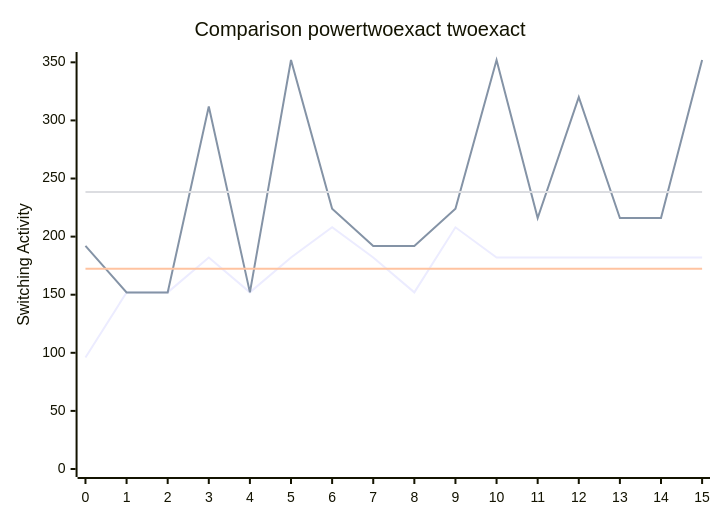
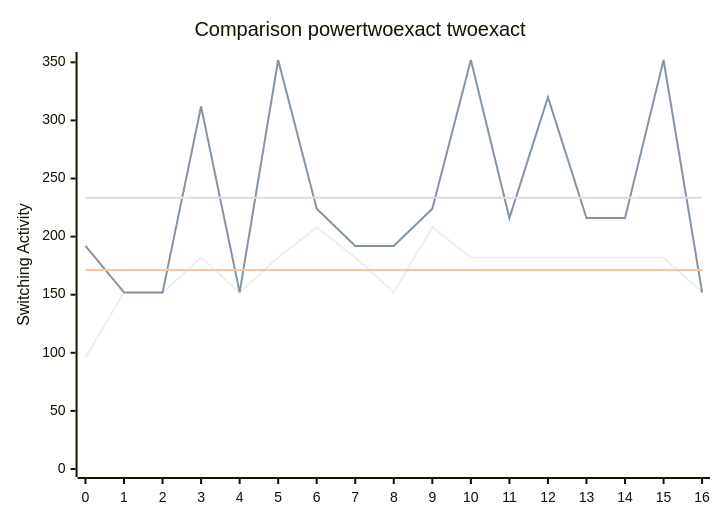
The diagram in benchmark.md (FeldmeierMichael/Exact-Power-Synthesis), drawn with Mermaid before and after one commit. The commit also changed other lines of this file and 2 other files, not shown here.

````diff
--- a/benchmark.md
+++ b/benchmark.md
@@ -35,10 +37,10 @@
 ```mermaid
 xychart-beta
     title "Comparison powertwoexact twoexact"
-    x-axis [0, 1, 2, 3, 4, 5, 6, 7, 8, 9, 10, 11, 12, 13, 14, 15]
+    x-axis [0, 1, 2, 3, 4, 5, 6, 7, 8, 9, 10, 11, 12, 13, 14, 15, 16]
     y-axis "Switching Activity" 0-->352
-    line [96, 152, 152, 182, 152, 182, 208, 182, 152, 208, 182, 182, 182, 182, 182, 182]
-    line [192, 152, 152, 312, 152, 352, 224, 192, 192, 224, 352, 216, 320, 216, 216, 352]
-    line [172.375, 172.375, 172.375, 172.375, 172.375, 172.375, 172.375, 172.375, 172.375, 172.375, 172.375, 172.375, 172.375, 172.375, 172.375, 172.375]
-    line [238.5, 238.5, 238.5, 238.5, 238.5, 238.5, 238.5, 238.5, 238.5, 238.5, 238.5, 238.5, 238.5, 238.5, 238.5, 238.5]
+    line [96, 152, 152, 182, 152, 182, 208, 182, 152, 208, 182, 182, 182, 182, 182, 182, 152]
+    line [192, 152, 152, 312, 152, 352, 224, 192, 192, 224, 352, 216, 320, 216, 216, 352, 152]
+    line [171.1764705882353, 171.1764705882353, 171.1764705882353, 171.1764705882353, 171.1764705882353, 171.1764705882353, 171.1764705882353, 171.1764705882353, 171.1764705882353, 171.1764705882353, 171.1764705882353, 171.1764705882353, 171.1764705882353, 171.1764705882353, 171.1764705882353, 171.1764705882353, 171.1764705882353]
+    line [233.41176470588235, 233.41176470588235, 233.41176470588235, 233.41176470588235, 233.41176470588235, 233.41176470588235, 233.41176470588235, 233.41176470588235, 233.41176470588235, 233.41176470588235, 233.41176470588235, 233.41176470588235, 233.41176470588235, 233.41176470588235, 233.41176470588235, 233.41176470588235, 233.41176470588235]
 ```
````
